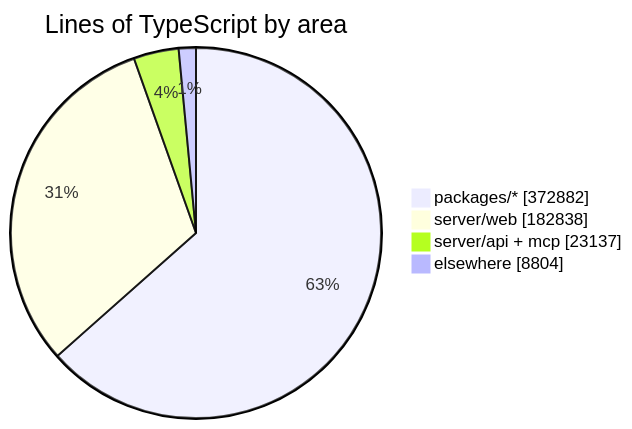
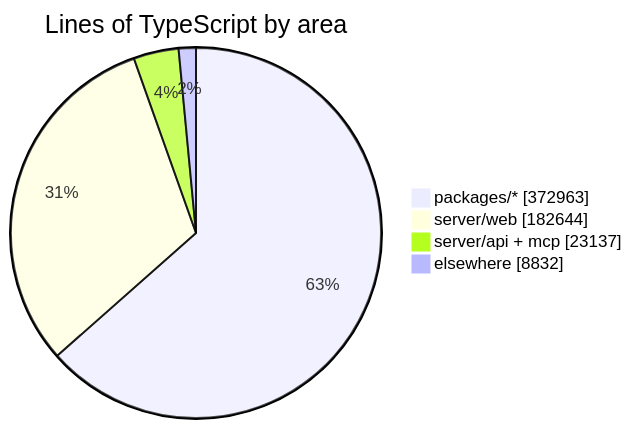
Before and after one commit to crossworks-engineering/mantle: the diagram in README.md, drawn with Mermaid. The commit also changed other lines of this file and 2 other files, not shown here.

````diff
--- a/README.md
+++ b/README.md
@@ -294,7 +294,7 @@
 ```mermaid
 pie showData title Lines of TypeScript by area
-    "packages/*" : 372882
-    "server/web" : 182838
+    "packages/*" : 372963
+    "server/web" : 182644
     "server/api + mcp" : 23137
-    "elsewhere" : 8804
+    "elsewhere" : 8832
 ```
````
